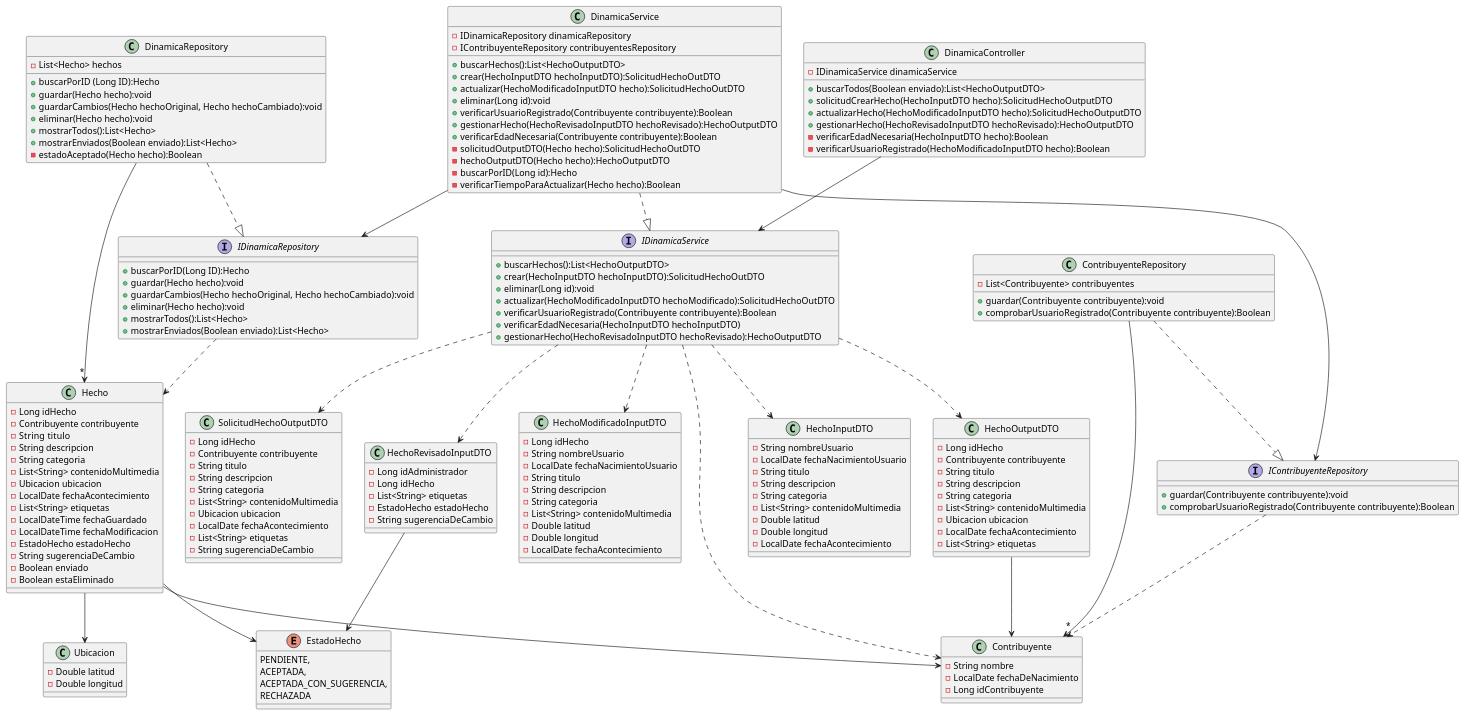
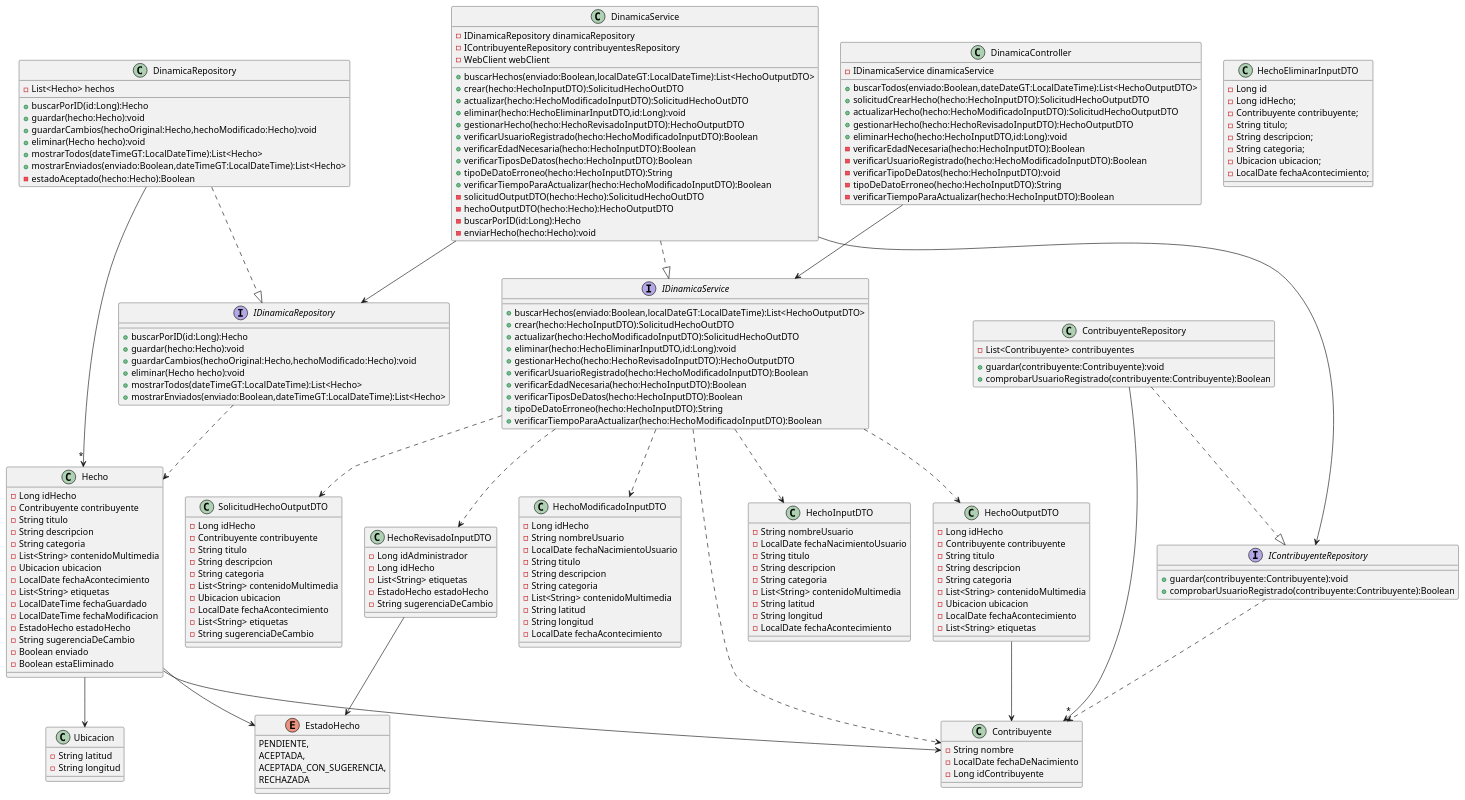
One commit to BrunoRodriguezzz/tp-dsi changed the diagram in fuenteDinamica/DiagramaDeClases-FuenteDinamica.puml. Above: the diagram before and after it, drawn with PlantUML. The commit also changed 3 other files, not shown here.

Commit message:
correcion sobre el diagrama de clases

```diff
--- a/fuenteDinamica/DiagramaDeClases-FuenteDinamica.puml
+++ b/fuenteDinamica/DiagramaDeClases-FuenteDinamica.puml
@@ -40,6 +40,18 @@
 'DinamicaController
  DinamicaController --> IDinamicaService
 
+class HechoEliminarInputDTO {
+
+    - Long id
+    - Long idHecho;
+    - Contribuyente contribuyente;
+    - String titulo;
+    - String descripcion;
+    - String categoria;
+    - Ubicacion ubicacion;
+    - LocalDate fechaAcontecimiento;
+}
+
 class HechoInputDTO {
 
     - String nombreUsuario
@@ -48,8 +60,8 @@
     - String descripcion
     - String categoria
     - List<String> contenidoMultimedia
-    - Double latitud
-    - Double longitud
+    - String latitud
+    - String longitud
     - LocalDate fechaAcontecimiento
 }
 
@@ -62,8 +74,8 @@
     - String descripcion
     - String categoria
     - List<String> contenidoMultimedia
-    - Double latitud
-    - Double longitud
+    - String latitud
+    - String longitud
     - LocalDate fechaAcontecimiento
 }
 
@@ -105,7 +117,7 @@
 
     - Long idHecho
     - Contribuyente contribuyente
-    - String  titulo
+    - String titulo
     - String descripcion
     - String categoria
     - List<String> contenidoMultimedia
@@ -121,8 +133,8 @@
 }
 
 class Ubicacion{
-    - Double latitud
-    - Double longitud
+    - String latitud
+    - String longitud
 }
 
 class Contribuyente {
@@ -140,8 +152,8 @@
 
 interface IContribuyenteRepository {
 
-    + guardar(Contribuyente contribuyente):void
-    + comprobarUsuarioRegistrado(Contribuyente contribuyente):Boolean
+    + guardar(contribuyente:Contribuyente):void
+    + comprobarUsuarioRegistrado(contribuyente:Contribuyente):Boolean
 
 }
 
@@ -149,18 +161,18 @@
 
     - List<Contribuyente> contribuyentes
 
-    + guardar(Contribuyente contribuyente):void
-    + comprobarUsuarioRegistrado(Contribuyente contribuyente):Boolean
+    + guardar(contribuyente:Contribuyente):void
+    + comprobarUsuarioRegistrado(contribuyente:Contribuyente):Boolean
 }
 
 interface IDinamicaRepository {
 
-    + buscarPorID(Long ID):Hecho
-    + guardar(Hecho hecho):void
-    + guardarCambios(Hecho hechoOriginal, Hecho hechoCambiado):void
+    + buscarPorID(id:Long):Hecho
+    + guardar(hecho:Hecho):void
+    + guardarCambios(hechoOriginal:Hecho,hechoModificado:Hecho):void
     + eliminar(Hecho hecho):void
-    + mostrarTodos():List<Hecho>
-    + mostrarEnviados(Boolean enviado):List<Hecho>
+    + mostrarTodos(dateTimeGT:LocalDateTime):List<Hecho>
+    + mostrarEnviados(enviado:Boolean,dateTimeGT:LocalDateTime):List<Hecho>
 
 }
 
@@ -168,24 +180,27 @@
 
     - List<Hecho> hechos
 
-    + buscarPorID (Long ID):Hecho
-    + guardar(Hecho hecho):void
-    + guardarCambios(Hecho hechoOriginal, Hecho hechoCambiado):void
+    + buscarPorID(id:Long):Hecho
+    + guardar(hecho:Hecho):void
+    + guardarCambios(hechoOriginal:Hecho,hechoModificado:Hecho):void
     + eliminar(Hecho hecho):void
-    + mostrarTodos():List<Hecho>
-    + mostrarEnviados(Boolean enviado):List<Hecho>
-    - estadoAceptado(Hecho hecho):Boolean
+    + mostrarTodos(dateTimeGT:LocalDateTime):List<Hecho>
+    + mostrarEnviados(enviado:Boolean,dateTimeGT:LocalDateTime):List<Hecho>
+    - estadoAceptado(hecho:Hecho):Boolean
 }
 
 interface IDinamicaService {
 
-    + buscarHechos():List<HechoOutputDTO>
-    + crear(HechoInputDTO hechoInputDTO):SolicitudHechoOutDTO
-    + eliminar(Long id):void
-    + actualizar(HechoModificadoInputDTO hechoModificado):SolicitudHechoOutDTO
-    + verificarUsuarioRegistrado(Contribuyente contribuyente):Boolean
-    + verificarEdadNecesaria(HechoInputDTO hechoInputDTO)
-    + gestionarHecho(HechoRevisadoInputDTO hechoRevisado):HechoOutputDTO
+    + buscarHechos(enviado:Boolean,localDateGT:LocalDateTime):List<HechoOutputDTO>
+    + crear(hecho:HechoInputDTO):SolicitudHechoOutDTO
+    + actualizar(hecho:HechoModificadoInputDTO):SolicitudHechoOutDTO
+    + eliminar(hecho:HechoEliminarInputDTO,id:Long):void
+    + gestionarHecho(hecho:HechoRevisadoInputDTO):HechoOutputDTO
+    + verificarUsuarioRegistrado(hecho:HechoModificadoInputDTO):Boolean
+    + verificarEdadNecesaria(hecho:HechoInputDTO):Boolean
+    + verificarTiposDeDatos(hecho:HechoInputDTO):Boolean
+    + tipoDeDatoErroneo(hecho:HechoInputDTO):String
+    + verificarTiempoParaActualizar(hecho:HechoModificadoInputDTO):Boolean
 
 }
 
@@ -193,30 +208,38 @@
 
     - IDinamicaRepository dinamicaRepository
     - IContribuyenteRepository contribuyentesRepository
+    - WebClient webClient
 
-    + buscarHechos():List<HechoOutputDTO>
-    + crear(HechoInputDTO hechoInputDTO):SolicitudHechoOutDTO
-    + actualizar(HechoModificadoInputDTO hecho):SolicitudHechoOutDTO
-    + eliminar(Long id):void
-    + verificarUsuarioRegistrado(Contribuyente contribuyente):Boolean
-    + gestionarHecho(HechoRevisadoInputDTO hechoRevisado):HechoOutputDTO
-    + verificarEdadNecesaria(Contribuyente contribuyente):Boolean
-    - solicitudOutputDTO(Hecho hecho):SolicitudHechoOutDTO
-    - hechoOutputDTO(Hecho hecho):HechoOutputDTO
-    - buscarPorID(Long id):Hecho
-    - verificarTiempoParaActualizar(Hecho hecho):Boolean
+    + buscarHechos(enviado:Boolean,localDateGT:LocalDateTime):List<HechoOutputDTO>
+    + crear(hecho:HechoInputDTO):SolicitudHechoOutDTO
+    + actualizar(hecho:HechoModificadoInputDTO):SolicitudHechoOutDTO
+    + eliminar(hecho:HechoEliminarInputDTO,id:Long):void
+    + gestionarHecho(hecho:HechoRevisadoInputDTO):HechoOutputDTO
+    + verificarUsuarioRegistrado(hecho:HechoModificadoInputDTO):Boolean
+    + verificarEdadNecesaria(hecho:HechoInputDTO):Boolean
+    + verificarTiposDeDatos(hecho:HechoInputDTO):Boolean
+    + tipoDeDatoErroneo(hecho:HechoInputDTO):String
+    + verificarTiempoParaActualizar(hecho:HechoModificadoInputDTO):Boolean
+    - solicitudOutputDTO(hecho:Hecho):SolicitudHechoOutDTO
+    - hechoOutputDTO(hecho:Hecho):HechoOutputDTO
+    - buscarPorID(id:Long):Hecho
+    - enviarHecho(hecho:Hecho):void
 }
 
 class DinamicaController{
 
     - IDinamicaService dinamicaService
 
-    + buscarTodos(Boolean enviado):List<HechoOutputDTO>
-    + solicitudCrearHecho(HechoInputDTO hecho):SolicitudHechoOutputDTO
-    + actualizarHecho(HechoModificadoInputDTO hecho):SolicitudHechoOutputDTO
-    + gestionarHecho(HechoRevisadoInputDTO hechoRevisado):HechoOutputDTO
-    - verificarEdadNecesaria(HechoInputDTO hecho):Boolean
-    - verificarUsuarioRegistrado(HechoModificadoInputDTO hecho):Boolean
+    + buscarTodos(enviado:Boolean,dateDateGT:LocalDateTime):List<HechoOutputDTO>
+    + solicitudCrearHecho(hecho:HechoInputDTO):SolicitudHechoOutputDTO
+    + actualizarHecho(hecho:HechoModificadoInputDTO):SolicitudHechoOutputDTO
+    + gestionarHecho(hecho:HechoRevisadoInputDTO):HechoOutputDTO
+    + eliminarHecho(hecho:HechoInputDTO,id:Long):void
+    - verificarEdadNecesaria(hecho:HechoInputDTO):Boolean
+    - verificarUsuarioRegistrado(hecho:HechoModificadoInputDTO):Boolean
+    - verificarTipoDeDatos(hecho:HechoInputDTO):void
+    - tipoDeDatoErroneo(hecho:HechoInputDTO):String
+    - verificarTiempoParaActualizar(hecho:HechoInputDTO):Boolean
 
 }
 @enduml
```
